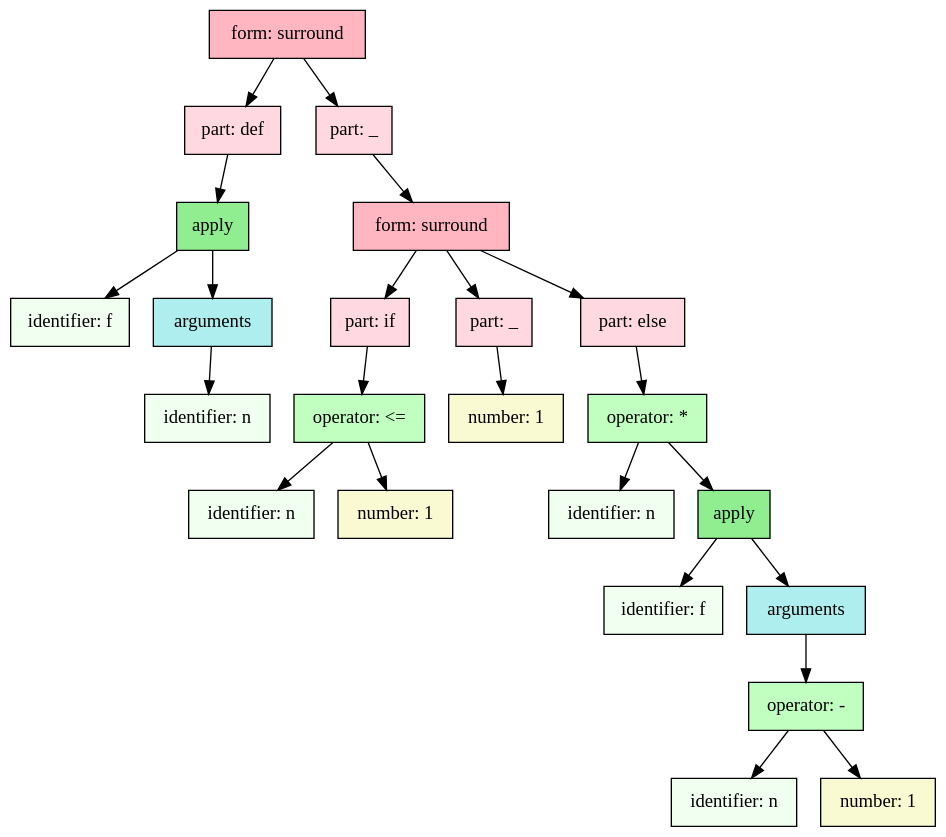
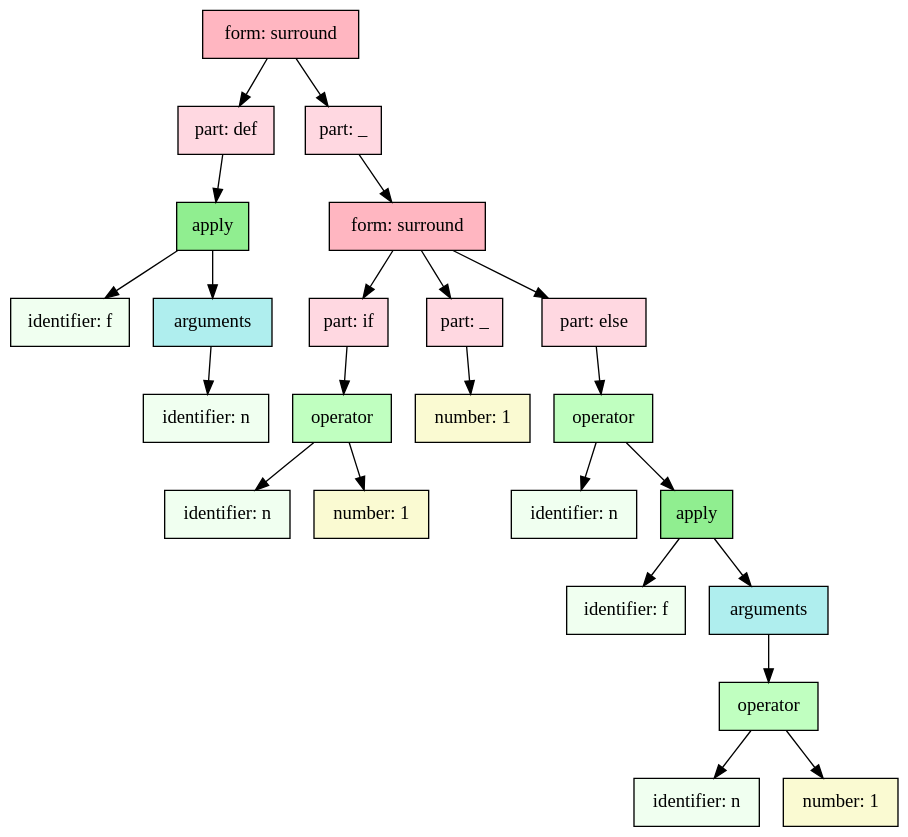
Before and after one commit to monogram-project/monogram-go: the second of 2 diagrams in docs/factorial.md, drawn with Graphviz. The commit also changed other lines of this file and 7 other files, not shown here.

````diff
--- a/docs/factorial.md
+++ b/docs/factorial.md
@@ -347,51 +353,51 @@
 ```dot
 digraph G {
   bgcolor="transparent";
   node [shape="box", style="filled", fontname="Ubuntu Mono"];
-  "129493713095232" [label="form: surround", shape="box", fillcolor="lightpink"];
-  "129493713095312" [label="part: def", shape="box", fillcolor="#FFD8E1"];
-  "129493713095232" -> "129493713095312";
-  "129493713095392" [label="apply", shape="box", fillcolor="lightgreen"];
-  "129493713095312" -> "129493713095392";
-  "129493713095472" [label="identifier: f", shape="box", fillcolor="Honeydew"];
-  "129493713095392" -> "129493713095472";
-  "129493713095552" [label="arguments", shape="box", fillcolor="PaleTurquoise"];
-  "129493713095392" -> "129493713095552";
-  "129493713095632" [label="identifier: n", shape="box", fillcolor="Honeydew"];
-  "129493713095552" -> "129493713095632";
-  "129493713095712" [label="part: _", shape="box", fillcolor="#FFD8E1"];
-  "129493713095232" -> "129493713095712";
-  "129493713095792" [label="form: surround", shape="box", fillcolor="lightpink"];
-  "129493713095712" -> "129493713095792";
-  "129493713095872" [label="part: if", shape="box", fillcolor="#FFD8E1"];
-  "129493713095792" -> "129493713095872";
-  "129493713095952" [label="operator: <=", shape="box", fillcolor="#C0FFC0"];
-  "129493713095872" -> "129493713095952";
-  "129493713096032" [label="identifier: n", shape="box", fillcolor="Honeydew"];
-  "129493713095952" -> "129493713096032";
-  "129493713096112" [label="number: 1", shape="box", fillcolor="lightgoldenrodyellow"];
-  "129493713095952" -> "129493713096112";
-  "129493713096192" [label="part: _", shape="box", fillcolor="#FFD8E1"];
-  "129493713095792" -> "129493713096192";
-  "129493713096272" [label="number: 1", shape="box", fillcolor="lightgoldenrodyellow"];
-  "129493713096192" -> "129493713096272";
-  "129493713096352" [label="part: else", shape="box", fillcolor="#FFD8E1"];
-  "129493713095792" -> "129493713096352";
-  "129493713096432" [label="operator: *", shape="box", fillcolor="#C0FFC0"];
-  "129493713096352" -> "129493713096432";
-  "129493713096512" [label="identifier: n", shape="box", fillcolor="Honeydew"];
-  "129493713096432" -> "129493713096512";
-  "129493713096592" [label="apply", shape="box", fillcolor="lightgreen"];
-  "129493713096432" -> "129493713096592";
-  "129493713096752" [label="identifier: f", shape="box", fillcolor="Honeydew"];
-  "129493713096592" -> "129493713096752";
-  "129493713096912" [label="arguments", shape="box", fillcolor="PaleTurquoise"];
-  "129493713096592" -> "129493713096912";
-  "129493713097072" [label="operator: -", shape="box", fillcolor="#C0FFC0"];
-  "129493713096912" -> "129493713097072";
-  "129493713097232" [label="identifier: n", shape="box", fillcolor="Honeydew"];
-  "129493713097072" -> "129493713097232";
-  "129493713097392" [label="number: 1", shape="box", fillcolor="lightgoldenrodyellow"];
-  "129493713097072" -> "129493713097392";
+  "134126260210240" [label="form: surround", shape="box", fillcolor="lightpink"];
+  "134126260210320" [label="part: def", shape="box", fillcolor="#FFD8E1"];
+  "134126260210240" -> "134126260210320";
+  "134126260210400" [label="apply", shape="box", fillcolor="lightgreen"];
+  "134126260210320" -> "134126260210400";
+  "134126260210480" [label="identifier: f", shape="box", fillcolor="Honeydew"];
+  "134126260210400" -> "134126260210480";
+  "134126260210560" [label="arguments", shape="box", fillcolor="PaleTurquoise"];
+  "134126260210400" -> "134126260210560";
+  "134126260210640" [label="identifier: n", shape="box", fillcolor="Honeydew"];
+  "134126260210560" -> "134126260210640";
+  "134126260210720" [label="part: _", shape="box", fillcolor="#FFD8E1"];
+  "134126260210240" -> "134126260210720";
+  "134126260210800" [label="form: surround", shape="box", fillcolor="lightpink"];
+  "134126260210720" -> "134126260210800";
+  "134126260210880" [label="part: if", shape="box", fillcolor="#FFD8E1"];
+  "134126260210800" -> "134126260210880";
+  "134126260210960" [label="operator", shape="box", fillcolor="#C0FFC0"];
+  "134126260210880" -> "134126260210960";
+  "134126260211040" [label="identifier: n", shape="box", fillcolor="Honeydew"];
+  "134126260210960" -> "134126260211040";
+  "134126260211120" [label="number: 1", shape="box", fillcolor="lightgoldenrodyellow"];
+  "134126260210960" -> "134126260211120";
+  "134126260211200" [label="part: _", shape="box", fillcolor="#FFD8E1"];
+  "134126260210800" -> "134126260211200";
+  "134126260211280" [label="number: 1", shape="box", fillcolor="lightgoldenrodyellow"];
+  "134126260211200" -> "134126260211280";
+  "134126260211360" [label="part: else", shape="box", fillcolor="#FFD8E1"];
+  "134126260210800" -> "134126260211360";
+  "134126260211440" [label="operator", shape="box", fillcolor="#C0FFC0"];
+  "134126260211360" -> "134126260211440";
+  "134126260211520" [label="identifier: n", shape="box", fillcolor="Honeydew"];
+  "134126260211440" -> "134126260211520";
+  "134126260211600" [label="apply", shape="box", fillcolor="lightgreen"];
+  "134126260211440" -> "134126260211600";
+  "134126260211760" [label="identifier: f", shape="box", fillcolor="Honeydew"];
+  "134126260211600" -> "134126260211760";
+  "134126260211920" [label="arguments", shape="box", fillcolor="PaleTurquoise"];
+  "134126260211600" -> "134126260211920";
+  "134126260212080" [label="operator", shape="box", fillcolor="#C0FFC0"];
+  "134126260211920" -> "134126260212080";
+  "134126260212240" [label="identifier: n", shape="box", fillcolor="Honeydew"];
+  "134126260212080" -> "134126260212240";
+  "134126260212400" [label="number: 1", shape="box", fillcolor="lightgoldenrodyellow"];
+  "134126260212080" -> "134126260212400";
 }
 ```
````
